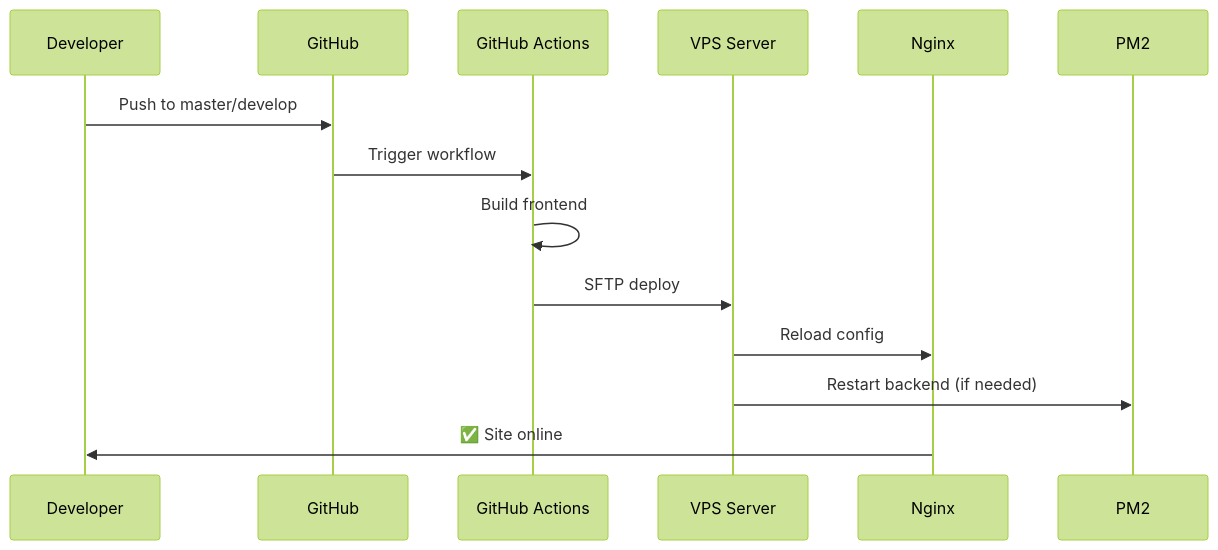
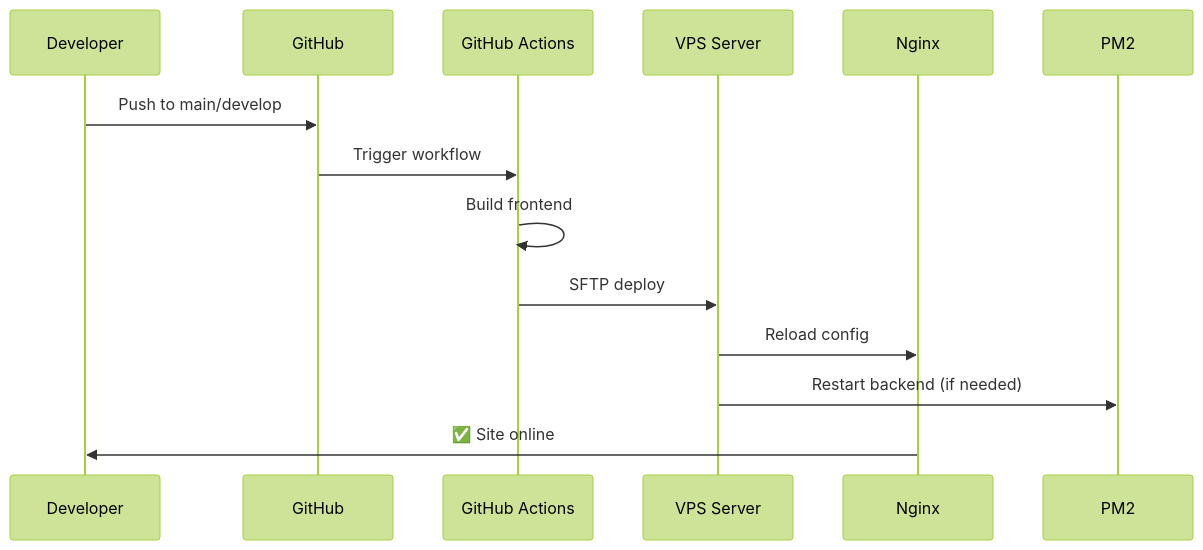
One commit to pedroojr/xml-4 changed the second of 2 diagrams in README.md. Above: the diagram before and after it, drawn with Mermaid (forest theme). The commit also changed other lines of this file and 6 other files, not shown here.

````diff
--- a/README.md
+++ b/README.md
@@ -328,17 +328,17 @@
 ```mermaid
 sequenceDiagram
     participant Dev as Developer
     participant Git as GitHub
     participant Actions as GitHub Actions
     participant VPS as VPS Server
     participant Nginx as Nginx
     participant PM2 as PM2
     
-    Dev->>Git: Push to master/develop
+    Dev->>Git: Push to main/develop
     Git->>Actions: Trigger workflow
     Actions->>Actions: Build frontend
     Actions->>VPS: SFTP deploy
     VPS->>Nginx: Reload config
     VPS->>PM2: Restart backend (if needed)
     Nginx->>Dev: ✅ Site online
 ```
````
